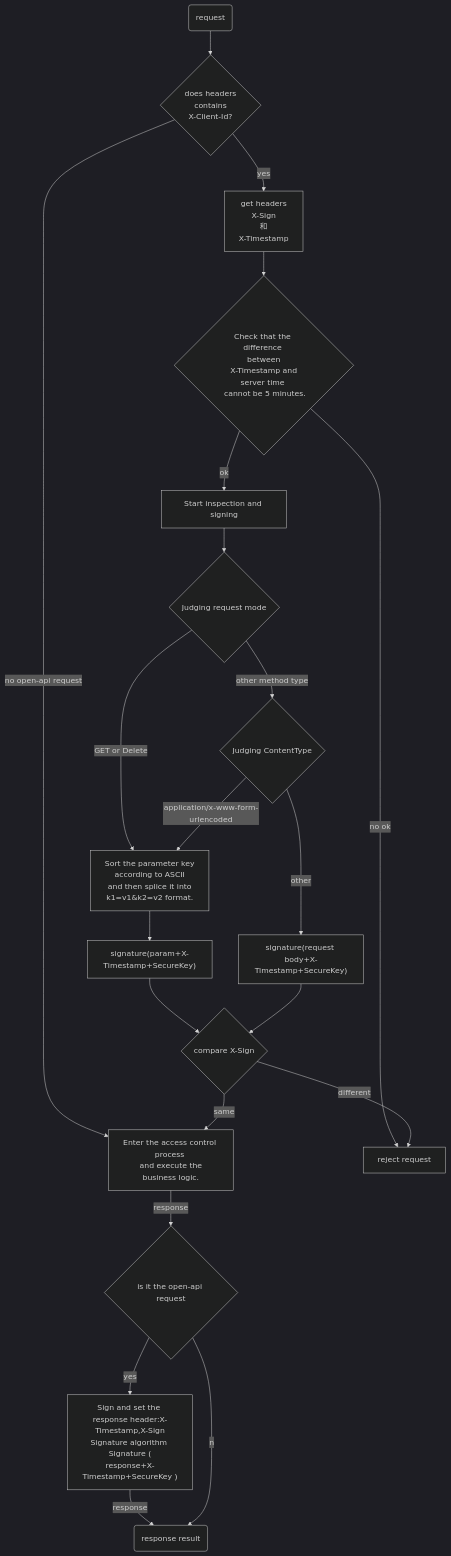
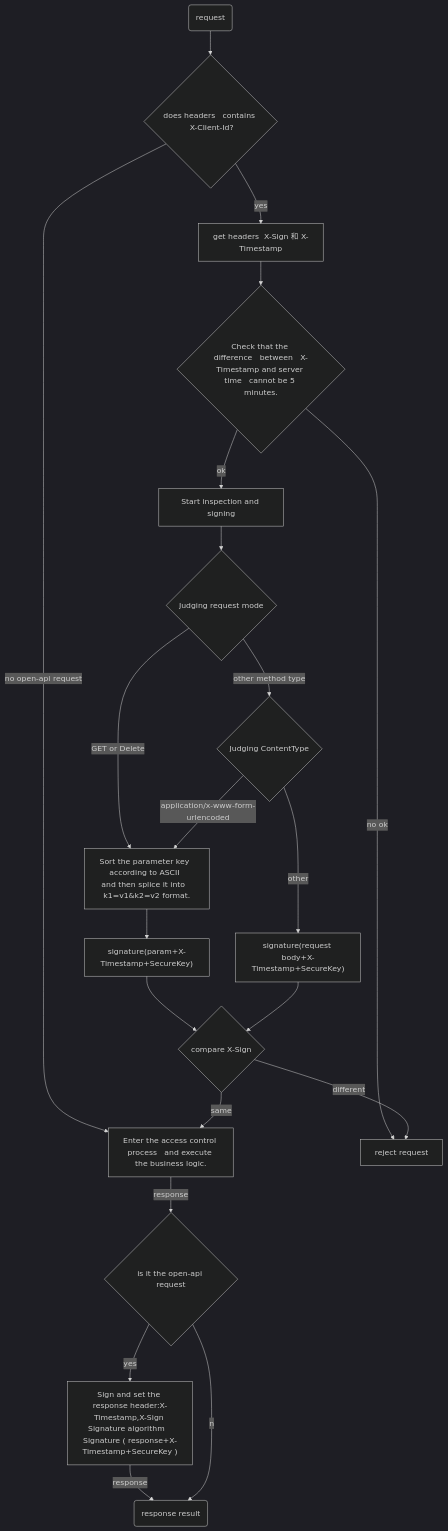
Before and after one commit to zeje/EviewCloudDoc: the diagram in src/evmars/open-api.md, drawn with Mermaid (dark theme). The commit also changed other lines of this file and 4 other files, not shown here.

````diff
--- a/src/evmars/open-api.md
+++ b/src/evmars/open-api.md
@@ -13,27 +13,27 @@
 ``` mermaid
 graph TD
 
-	userRequest(request) --> xClientId{does headers </br> contains </br>X-Client-Id?}
-	xClientId --yes--> getHeader[get headers </br>X-Sign</br>和</br>X-Timestamp]
-    xClientId --"no open-api request"--> auth[Enter the access control process </br> and execute the business logic.]
+	userRequest(request) --> xClientId{does headers   contains  X-Client-Id?}
+	xClientId --yes--> getHeader[get headers  X-Sign 和 X-Timestamp]
+    xClientId --"no open-api request"--> auth[Enter the access control process   and execute the business logic.]
     auth --response--> open-api{is it the open-api request}
-    open-api --yes--> setHeader["Sign and set the response header:X-Timestamp,X-Sign</br>Signature algorithm </br> Signature ( response+X-Timestamp+SecureKey )"]
+    open-api --yes--> setHeader["Sign and set the response header:X-Timestamp,X-Sign Signature algorithm   Signature ( response+X-Timestamp+SecureKey )"]
     setHeader --response--> response(response result)
     open-api --no--> response
 
-	getHeader --> checkHeader{Check that the difference </br> between </br> X-Timestamp and server time </br> cannot be 5 minutes.}
+	getHeader --> checkHeader{Check that the difference   between   X-Timestamp and server time   cannot be 5 minutes.}
     checkHeader --"ok"--> checkSign[Start inspection and signing]
     checkHeader --"no ok"--> reject[reject request]
 	checkSign --> httpMethod{Judging request mode}
-    httpMethod --"GET or Delete"--> join["Sort the parameter key </br> according to ASCII </br> and then splice it into </br> k1=v1&k2=v2 format."]
+    httpMethod --"GET or Delete"--> join["Sort the parameter key   according to ASCII   and then splice it into   k1=v1&k2=v2 format."]
     httpMethod --"other method type"--> contentType{Judging ContentType}
     contentType --"application/x-www-form-urlencoded"--> join
     join --> signature["signature(param+X-Timestamp+SecureKey)"]
     contentType --"other"--> otherSignature["signature(request body+X-Timestamp+SecureKey)"]
 
     signature --> compare{compare X-Sign}
     otherSignature --> compare
     compare --different--> reject
     compare --same--> auth
 
 ```
````
